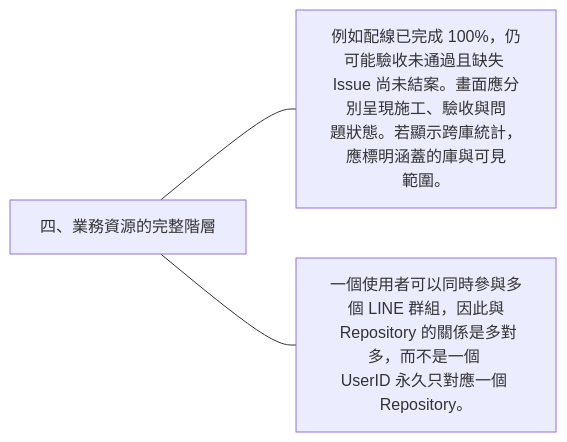
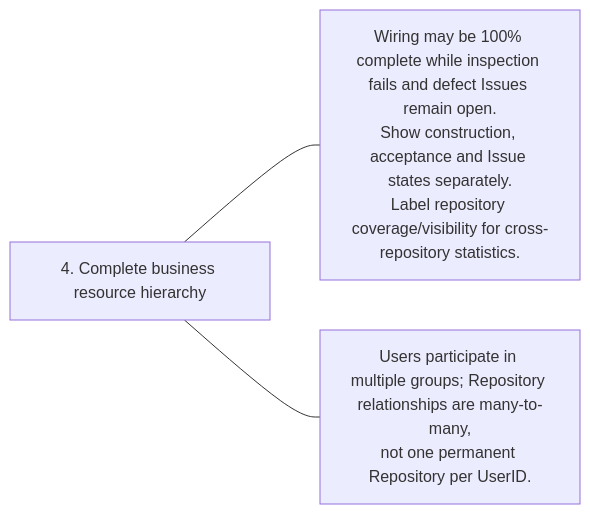
One commit to 963sup/line-mini-app-bot changed diagram 15 of 38 in docs/proposals/line-engineering/README.md. Above: the diagram before and after it, drawn with Mermaid. The commit also changed other lines of this file and 341 other files, not shown here.

````diff
--- a/docs/proposals/line-engineering/README.md
+++ b/docs/proposals/line-engineering/README.md
@@ -177,6 +181,6 @@
 ```mermaid
 flowchart LR
-  h["四、業務資源的完整階層"]
-  h --- n0["例如配線已完成 100%，仍可能驗收未通過且缺失 <br/>Issue 尚未結案。畫面應分別呈現施工、驗收與問<br/>題狀態。若顯示跨庫統計，應標明涵蓋的庫與可見<br/>範圍。"]
-  h --- n1["一個使用者可以同時參與多個 LINE 群組，因此與<br/> Repository 的關係是多對多，而不是一個 <br/>UserID 永久只對應一個 Repository。"]
+  h["4. Complete business resource hierarchy"]
+  h --- n0["Wiring may be 100% complete while inspection fails and defect Issues remain open.<br/>Show construction, acceptance and Issue states separately.<br/>Label repository coverage/visibility for cross-repository statistics."]
+  h --- n1["Users participate in multiple groups; Repository relationships are many-to-many,<br/>not one permanent Repository per UserID."]
 ```
````
